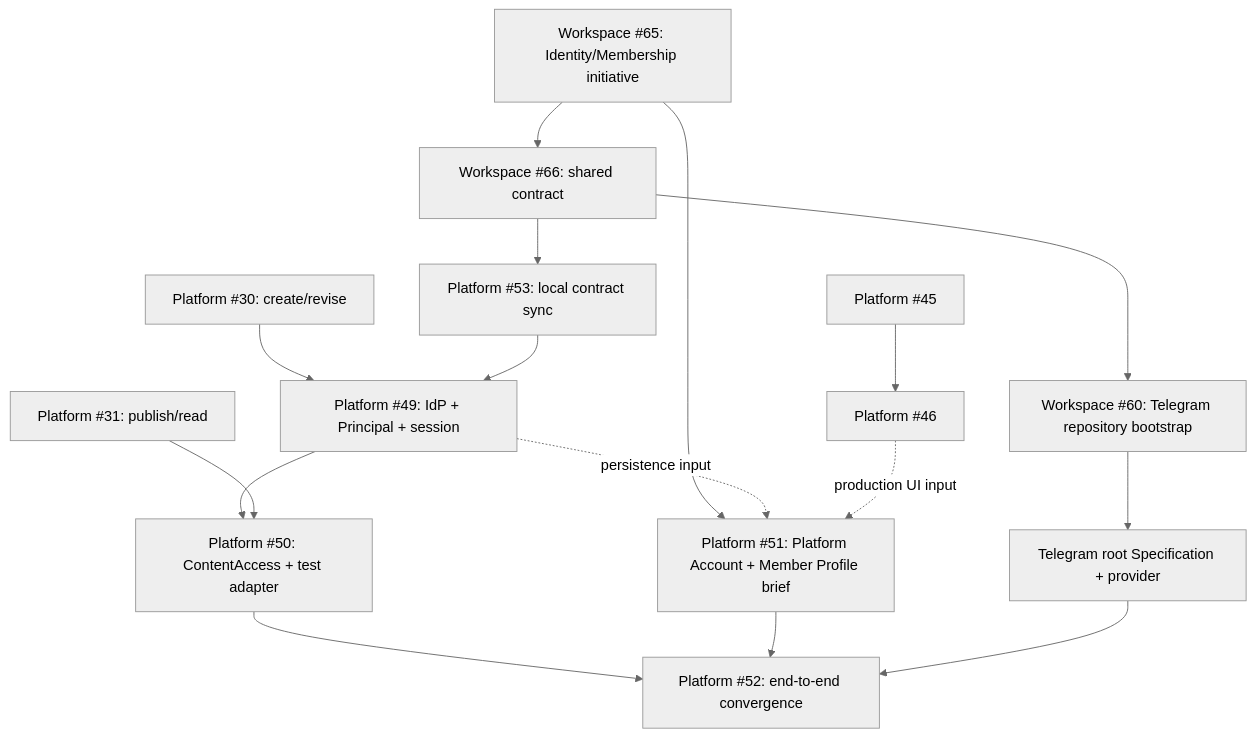
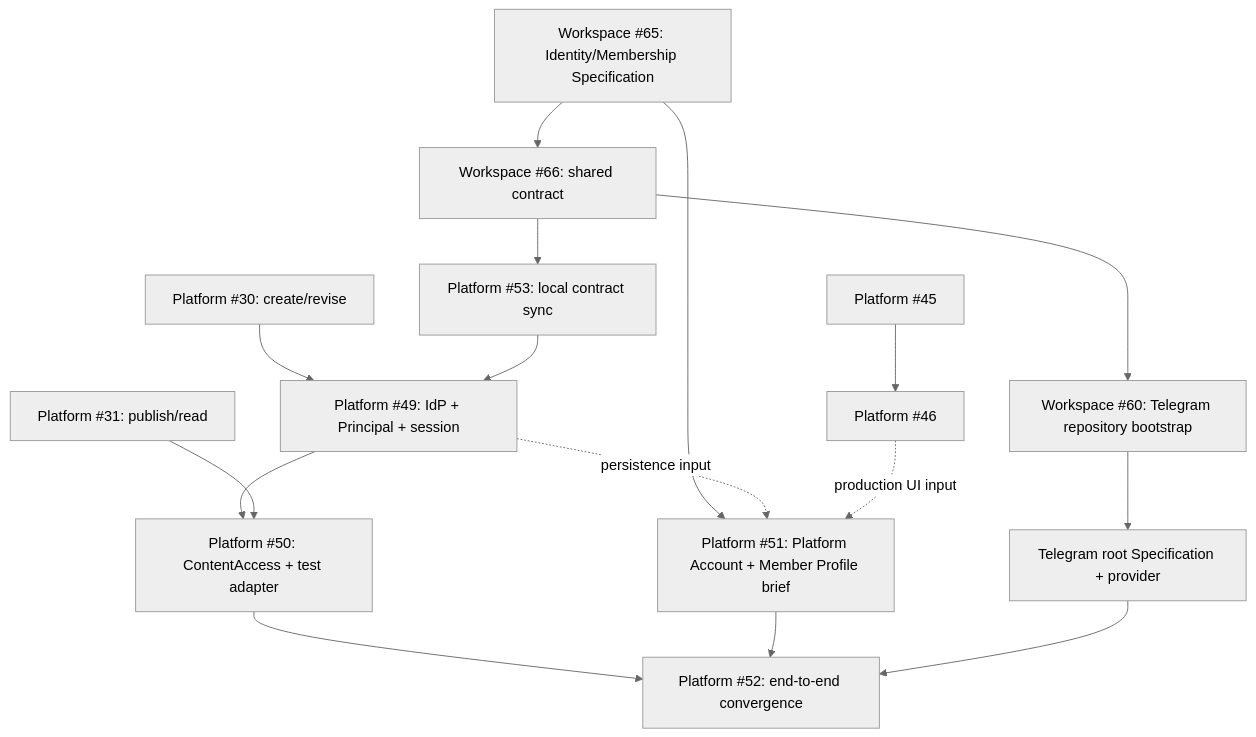
The diagram in docs/specifications/platform-v1.md (sachkov-inside/platform), drawn with Mermaid (neutral theme) before and after one commit. The commit also changed other lines of this file and 3 other files, not shown here.

````diff
--- a/docs/specifications/platform-v1.md
+++ b/docs/specifications/platform-v1.md
@@ -470,21 +470,21 @@
 ```mermaid
 flowchart TD
-    S65[Workspace #65: Identity/Membership initiative] --> C66[Workspace #66: shared contract]
+    S65[Workspace #65: Identity/Membership Specification] --> C66[Workspace #66: shared contract]
     C66 --> P53[Platform #53: local contract sync]
     C66 --> B60[Workspace #60: Telegram repository bootstrap]
 
     DRAFT[Platform #30: create/revise] --> ID49[Platform #49: IdP + Principal + session]
     P53 --> ID49
     ID49 --> ACCESS50[Platform #50: ContentAccess + test adapter]
     LIFE[Platform #31: publish/read] --> ACCESS50
 
     S65 --> PROFILE51[Platform #51: Platform Account + Member Profile brief]
     ID49 -. persistence input .-> PROFILE51
     LAB[Platform #45] --> SHELL[Platform #46]
     SHELL -. production UI input .-> PROFILE51
 
     B60 --> TG[Telegram root Specification + provider]
     ACCESS50 --> JOIN52[Platform #52: end-to-end convergence]
     PROFILE51 --> JOIN52
     TG --> JOIN52
 ```
````
